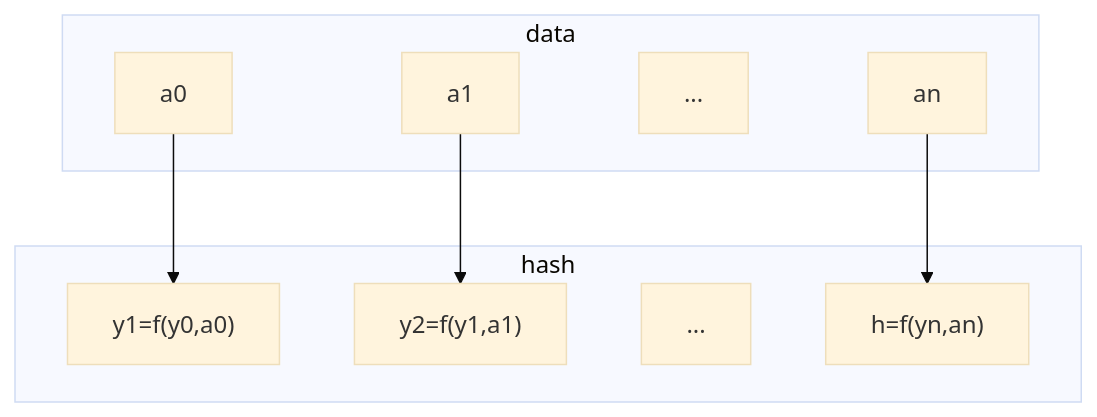
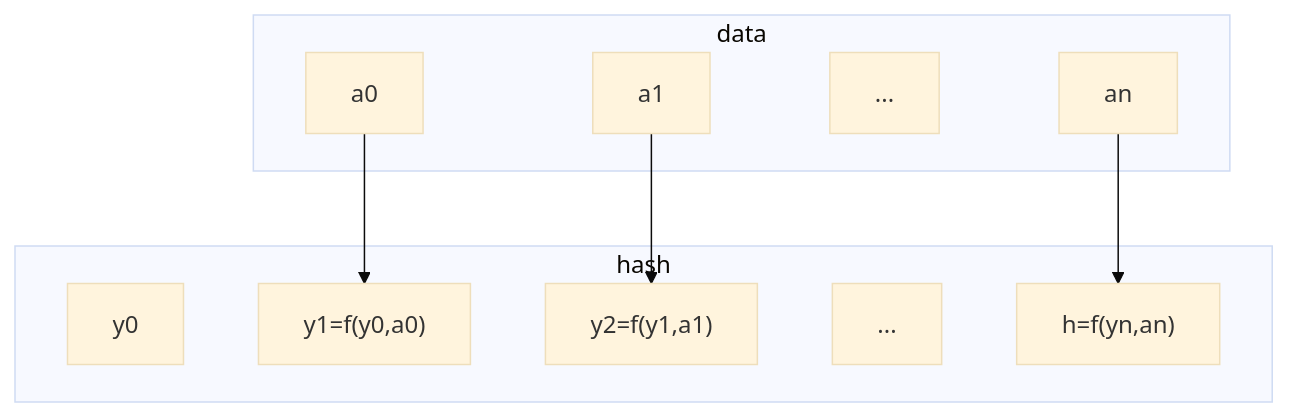
One commit to sergey-shandar/public changed the diagram in notes/hash.md. Above: the diagram before and after it, drawn with Mermaid (base theme).

````diff
--- a/notes/hash.md
+++ b/notes/hash.md
@@ -24,18 +24,19 @@
 ```mermaid
-graph TD;
+graph TB
   subgraph data
     a0
     a1
     ai[...]
     an
   end
   subgraph hash
+    y0
     y1["y1=f(y0,a0)"]
     y2["y2=f(y1,a1)"]
     yi[...]
     h["h=f(yn,an)"]
   end
   a0 --> y1
   a1 --> y2
   an --> h
 ```
````
